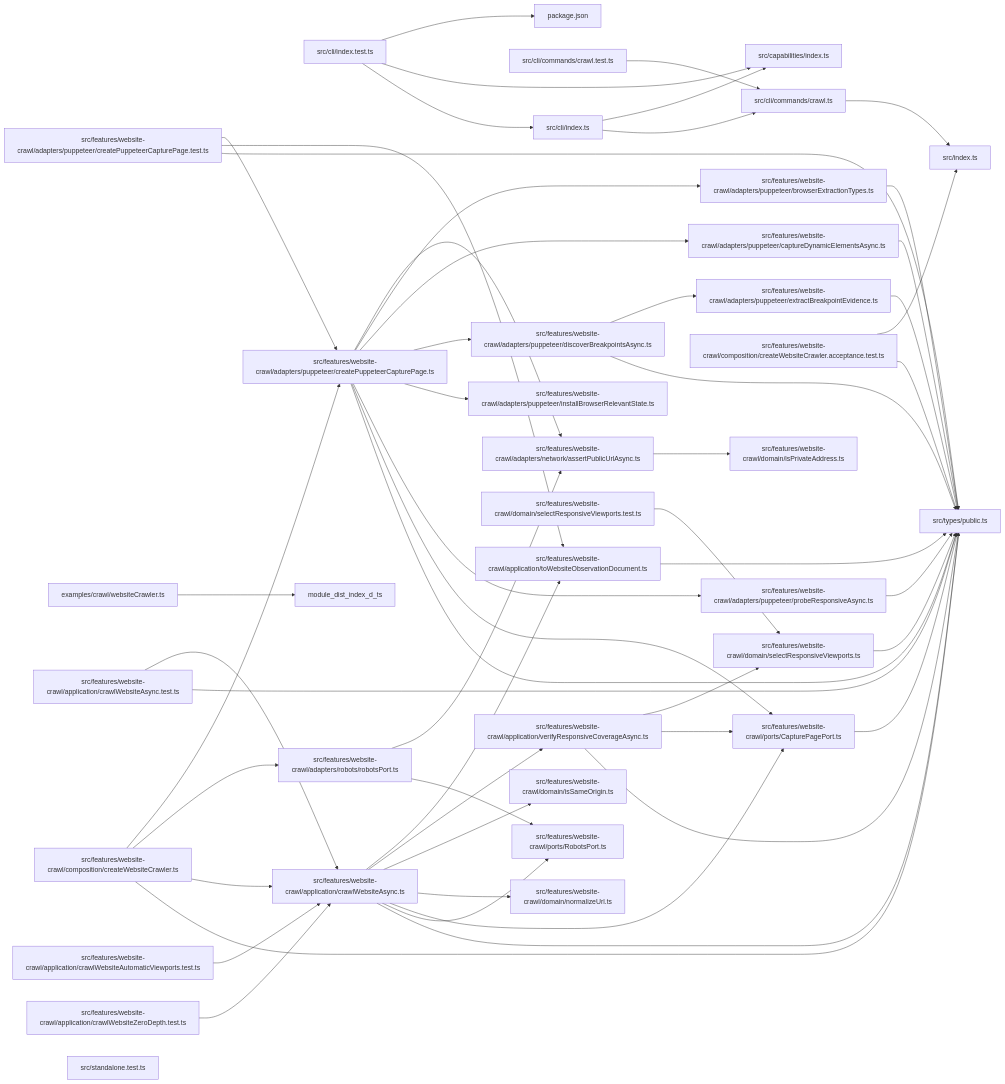
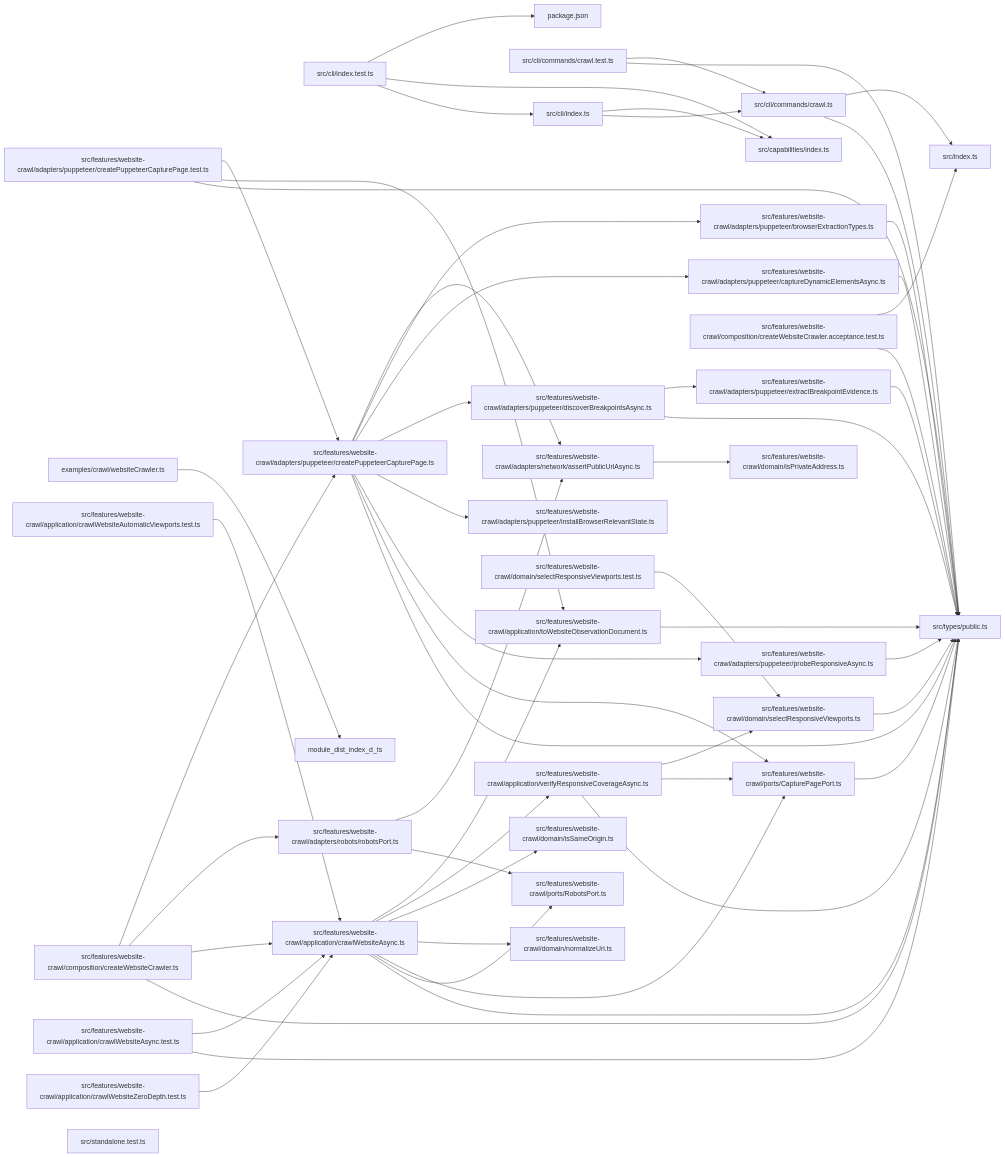
One commit to ankhorage/scraper changed the diagram in paradox/diagrams/module-relationships.mmd. Above: the diagram before and after it, drawn with Mermaid. The commit also changed 8 other files, not shown here.

```diff
--- a/paradox/diagrams/module-relationships.mmd
+++ b/paradox/diagrams/module-relationships.mmd
@@ -1,88 +1,90 @@
 graph LR
   module_examples_crawl_websiteCrawler_ts["examples/crawl/websiteCrawler.ts"]
   module_package_json["package.json"]
   module_src_capabilities_index_ts["src/capabilities/index.ts"]
   module_src_cli_commands_crawl_test_ts["src/cli/commands/crawl.test.ts"]
   module_src_cli_commands_crawl_ts["src/cli/commands/crawl.ts"]
   module_src_cli_index_test_ts["src/cli/index.test.ts"]
   module_src_cli_index_ts["src/cli/index.ts"]
   module_src_features_website_crawl_adapters_network_assertPublicUrlAsync_ts["src/features/website-crawl/adapters/network/assertPublicUrlAsync.ts"]
   module_src_features_website_crawl_adapters_puppeteer_browserExtractionTypes_ts["src/features/website-crawl/adapters/puppeteer/browserExtractionTypes.ts"]
   module_src_features_website_crawl_adapters_puppeteer_captureDynamicElementsAsync_ts["src/features/website-crawl/adapters/puppeteer/captureDynamicElementsAsync.ts"]
   module_src_features_website_crawl_adapters_puppeteer_createPuppeteerCapturePage_test_ts["src/features/website-crawl/adapters/puppeteer/createPuppeteerCapturePage.test.ts"]
   module_src_features_website_crawl_adapters_puppeteer_createPuppeteerCapturePage_ts["src/features/website-crawl/adapters/puppeteer/createPuppeteerCapturePage.ts"]
   module_src_features_website_crawl_adapters_puppeteer_discoverBreakpointsAsync_ts["src/features/website-crawl/adapters/puppeteer/discoverBreakpointsAsync.ts"]
   module_src_features_website_crawl_adapters_puppeteer_extractBreakpointEvidence_ts["src/features/website-crawl/adapters/puppeteer/extractBreakpointEvidence.ts"]
   module_src_features_website_crawl_adapters_puppeteer_installBrowserRelevantState_ts["src/features/website-crawl/adapters/puppeteer/installBrowserRelevantState.ts"]
   module_src_features_website_crawl_adapters_puppeteer_probeResponsiveAsync_ts["src/features/website-crawl/adapters/puppeteer/probeResponsiveAsync.ts"]
   module_src_features_website_crawl_adapters_robots_robotsPort_ts["src/features/website-crawl/adapters/robots/robotsPort.ts"]
   module_src_features_website_crawl_application_crawlWebsiteAsync_test_ts["src/features/website-crawl/application/crawlWebsiteAsync.test.ts"]
   module_src_features_website_crawl_application_crawlWebsiteAsync_ts["src/features/website-crawl/application/crawlWebsiteAsync.ts"]
   module_src_features_website_crawl_application_crawlWebsiteAutomaticViewports_test_ts["src/features/website-crawl/application/crawlWebsiteAutomaticViewports.test.ts"]
   module_src_features_website_crawl_application_crawlWebsiteZeroDepth_test_ts["src/features/website-crawl/application/crawlWebsiteZeroDepth.test.ts"]
   module_src_features_website_crawl_application_toWebsiteObservationDocument_ts["src/features/website-crawl/application/toWebsiteObservationDocument.ts"]
   module_src_features_website_crawl_application_verifyResponsiveCoverageAsync_ts["src/features/website-crawl/application/verifyResponsiveCoverageAsync.ts"]
   module_src_features_website_crawl_composition_createWebsiteCrawler_acceptance_test_ts["src/features/website-crawl/composition/createWebsiteCrawler.acceptance.test.ts"]
   module_src_features_website_crawl_composition_createWebsiteCrawler_ts["src/features/website-crawl/composition/createWebsiteCrawler.ts"]
   module_src_features_website_crawl_domain_isPrivateAddress_ts["src/features/website-crawl/domain/isPrivateAddress.ts"]
   module_src_features_website_crawl_domain_isSameOrigin_ts["src/features/website-crawl/domain/isSameOrigin.ts"]
   module_src_features_website_crawl_domain_normalizeUrl_ts["src/features/website-crawl/domain/normalizeUrl.ts"]
   module_src_features_website_crawl_domain_selectResponsiveViewports_test_ts["src/features/website-crawl/domain/selectResponsiveViewports.test.ts"]
   module_src_features_website_crawl_domain_selectResponsiveViewports_ts["src/features/website-crawl/domain/selectResponsiveViewports.ts"]
   module_src_features_website_crawl_ports_CapturePagePort_ts["src/features/website-crawl/ports/CapturePagePort.ts"]
   module_src_features_website_crawl_ports_RobotsPort_ts["src/features/website-crawl/ports/RobotsPort.ts"]
   module_src_index_ts["src/index.ts"]
   module_src_standalone_test_ts["src/standalone.test.ts"]
   module_src_types_public_ts["src/types/public.ts"]
   module_examples_crawl_websiteCrawler_ts --> module_dist_index_d_ts
   module_src_cli_commands_crawl_test_ts --> module_src_cli_commands_crawl_ts
+  module_src_cli_commands_crawl_test_ts --> module_src_types_public_ts
   module_src_cli_commands_crawl_ts --> module_src_index_ts
+  module_src_cli_commands_crawl_ts --> module_src_types_public_ts
   module_src_cli_index_test_ts --> module_package_json
   module_src_cli_index_test_ts --> module_src_capabilities_index_ts
   module_src_cli_index_test_ts --> module_src_cli_index_ts
   module_src_cli_index_ts --> module_src_capabilities_index_ts
   module_src_cli_index_ts --> module_src_cli_commands_crawl_ts
   module_src_features_website_crawl_adapters_network_assertPublicUrlAsync_ts --> module_src_features_website_crawl_domain_isPrivateAddress_ts
   module_src_features_website_crawl_adapters_puppeteer_browserExtractionTypes_ts --> module_src_types_public_ts
   module_src_features_website_crawl_adapters_puppeteer_captureDynamicElementsAsync_ts --> module_src_types_public_ts
   module_src_features_website_crawl_adapters_puppeteer_createPuppeteerCapturePage_test_ts --> module_src_features_website_crawl_adapters_puppeteer_createPuppeteerCapturePage_ts
   module_src_features_website_crawl_adapters_puppeteer_createPuppeteerCapturePage_test_ts --> module_src_features_website_crawl_application_toWebsiteObservationDocument_ts
   module_src_features_website_crawl_adapters_puppeteer_createPuppeteerCapturePage_test_ts --> module_src_types_public_ts
   module_src_features_website_crawl_adapters_puppeteer_createPuppeteerCapturePage_ts --> module_src_features_website_crawl_adapters_network_assertPublicUrlAsync_ts
   module_src_features_website_crawl_adapters_puppeteer_createPuppeteerCapturePage_ts --> module_src_features_website_crawl_adapters_puppeteer_browserExtractionTypes_ts
   module_src_features_website_crawl_adapters_puppeteer_createPuppeteerCapturePage_ts --> module_src_features_website_crawl_adapters_puppeteer_captureDynamicElementsAsync_ts
   module_src_features_website_crawl_adapters_puppeteer_createPuppeteerCapturePage_ts --> module_src_features_website_crawl_adapters_puppeteer_discoverBreakpointsAsync_ts
   module_src_features_website_crawl_adapters_puppeteer_createPuppeteerCapturePage_ts --> module_src_features_website_crawl_adapters_puppeteer_installBrowserRelevantState_ts
   module_src_features_website_crawl_adapters_puppeteer_createPuppeteerCapturePage_ts --> module_src_features_website_crawl_adapters_puppeteer_probeResponsiveAsync_ts
   module_src_features_website_crawl_adapters_puppeteer_createPuppeteerCapturePage_ts --> module_src_features_website_crawl_ports_CapturePagePort_ts
   module_src_features_website_crawl_adapters_puppeteer_createPuppeteerCapturePage_ts --> module_src_types_public_ts
   module_src_features_website_crawl_adapters_puppeteer_discoverBreakpointsAsync_ts --> module_src_features_website_crawl_adapters_puppeteer_extractBreakpointEvidence_ts
   module_src_features_website_crawl_adapters_puppeteer_discoverBreakpointsAsync_ts --> module_src_types_public_ts
   module_src_features_website_crawl_adapters_puppeteer_extractBreakpointEvidence_ts --> module_src_types_public_ts
   module_src_features_website_crawl_adapters_puppeteer_probeResponsiveAsync_ts --> module_src_types_public_ts
   module_src_features_website_crawl_adapters_robots_robotsPort_ts --> module_src_features_website_crawl_adapters_network_assertPublicUrlAsync_ts
   module_src_features_website_crawl_adapters_robots_robotsPort_ts --> module_src_features_website_crawl_ports_RobotsPort_ts
   module_src_features_website_crawl_application_crawlWebsiteAsync_test_ts --> module_src_features_website_crawl_application_crawlWebsiteAsync_ts
   module_src_features_website_crawl_application_crawlWebsiteAsync_test_ts --> module_src_types_public_ts
   module_src_features_website_crawl_application_crawlWebsiteAsync_ts --> module_src_features_website_crawl_application_toWebsiteObservationDocument_ts
   module_src_features_website_crawl_application_crawlWebsiteAsync_ts --> module_src_features_website_crawl_application_verifyResponsiveCoverageAsync_ts
   module_src_features_website_crawl_application_crawlWebsiteAsync_ts --> module_src_features_website_crawl_domain_isSameOrigin_ts
   module_src_features_website_crawl_application_crawlWebsiteAsync_ts --> module_src_features_website_crawl_domain_normalizeUrl_ts
   module_src_features_website_crawl_application_crawlWebsiteAsync_ts --> module_src_features_website_crawl_ports_CapturePagePort_ts
   module_src_features_website_crawl_application_crawlWebsiteAsync_ts --> module_src_features_website_crawl_ports_RobotsPort_ts
   module_src_features_website_crawl_application_crawlWebsiteAsync_ts --> module_src_types_public_ts
   module_src_features_website_crawl_application_crawlWebsiteAutomaticViewports_test_ts --> module_src_features_website_crawl_application_crawlWebsiteAsync_ts
   module_src_features_website_crawl_application_crawlWebsiteZeroDepth_test_ts --> module_src_features_website_crawl_application_crawlWebsiteAsync_ts
   module_src_features_website_crawl_application_toWebsiteObservationDocument_ts --> module_src_types_public_ts
   module_src_features_website_crawl_application_verifyResponsiveCoverageAsync_ts --> module_src_features_website_crawl_domain_selectResponsiveViewports_ts
   module_src_features_website_crawl_application_verifyResponsiveCoverageAsync_ts --> module_src_features_website_crawl_ports_CapturePagePort_ts
   module_src_features_website_crawl_application_verifyResponsiveCoverageAsync_ts --> module_src_types_public_ts
   module_src_features_website_crawl_composition_createWebsiteCrawler_acceptance_test_ts --> module_src_index_ts
   module_src_features_website_crawl_composition_createWebsiteCrawler_acceptance_test_ts --> module_src_types_public_ts
   module_src_features_website_crawl_composition_createWebsiteCrawler_ts --> module_src_features_website_crawl_adapters_puppeteer_createPuppeteerCapturePage_ts
   module_src_features_website_crawl_composition_createWebsiteCrawler_ts --> module_src_features_website_crawl_adapters_robots_robotsPort_ts
   module_src_features_website_crawl_composition_createWebsiteCrawler_ts --> module_src_features_website_crawl_application_crawlWebsiteAsync_ts
   module_src_features_website_crawl_composition_createWebsiteCrawler_ts --> module_src_types_public_ts
   module_src_features_website_crawl_domain_selectResponsiveViewports_test_ts --> module_src_features_website_crawl_domain_selectResponsiveViewports_ts
   module_src_features_website_crawl_domain_selectResponsiveViewports_ts --> module_src_types_public_ts
   module_src_features_website_crawl_ports_CapturePagePort_ts --> module_src_types_public_ts
```
